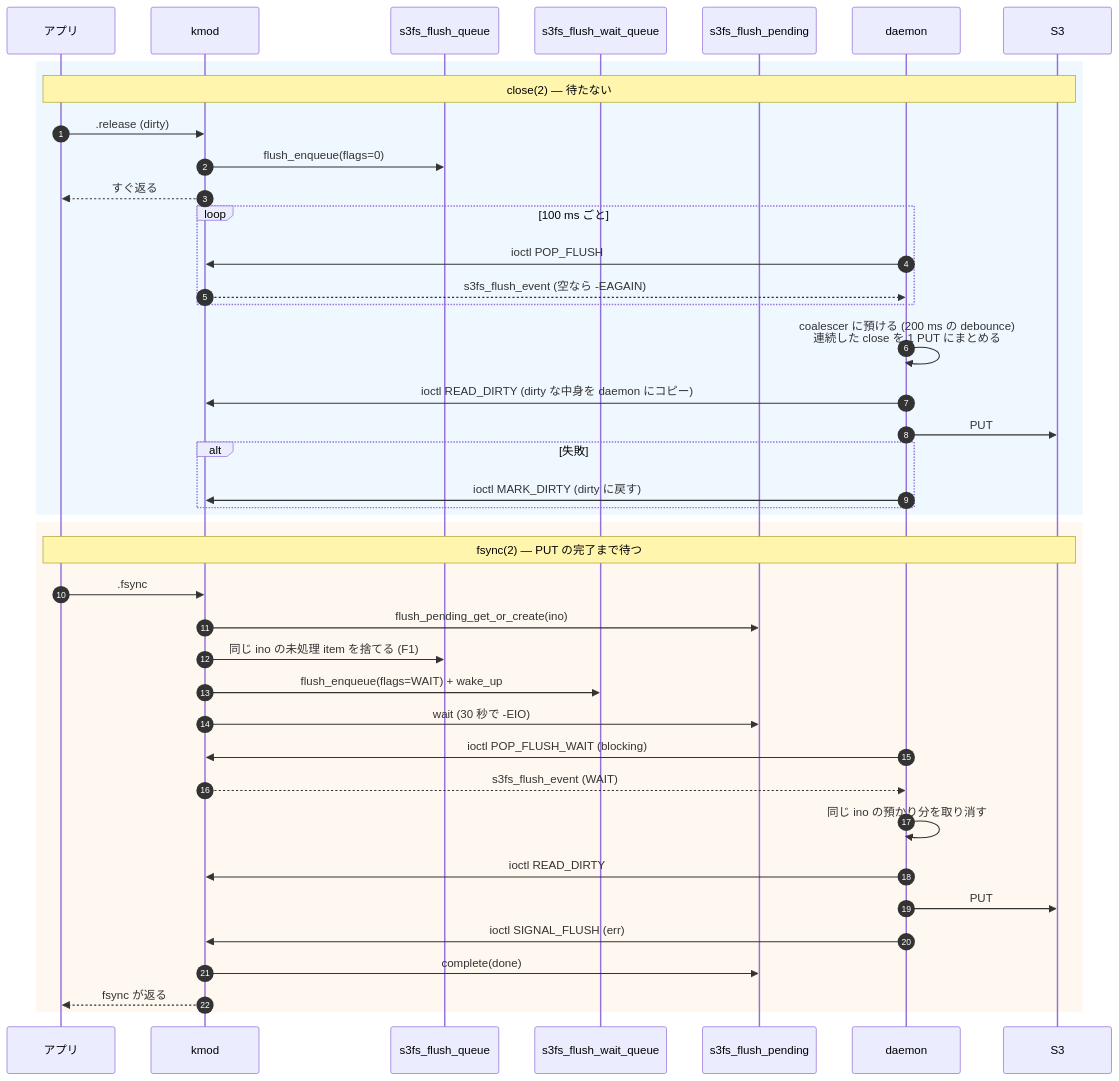
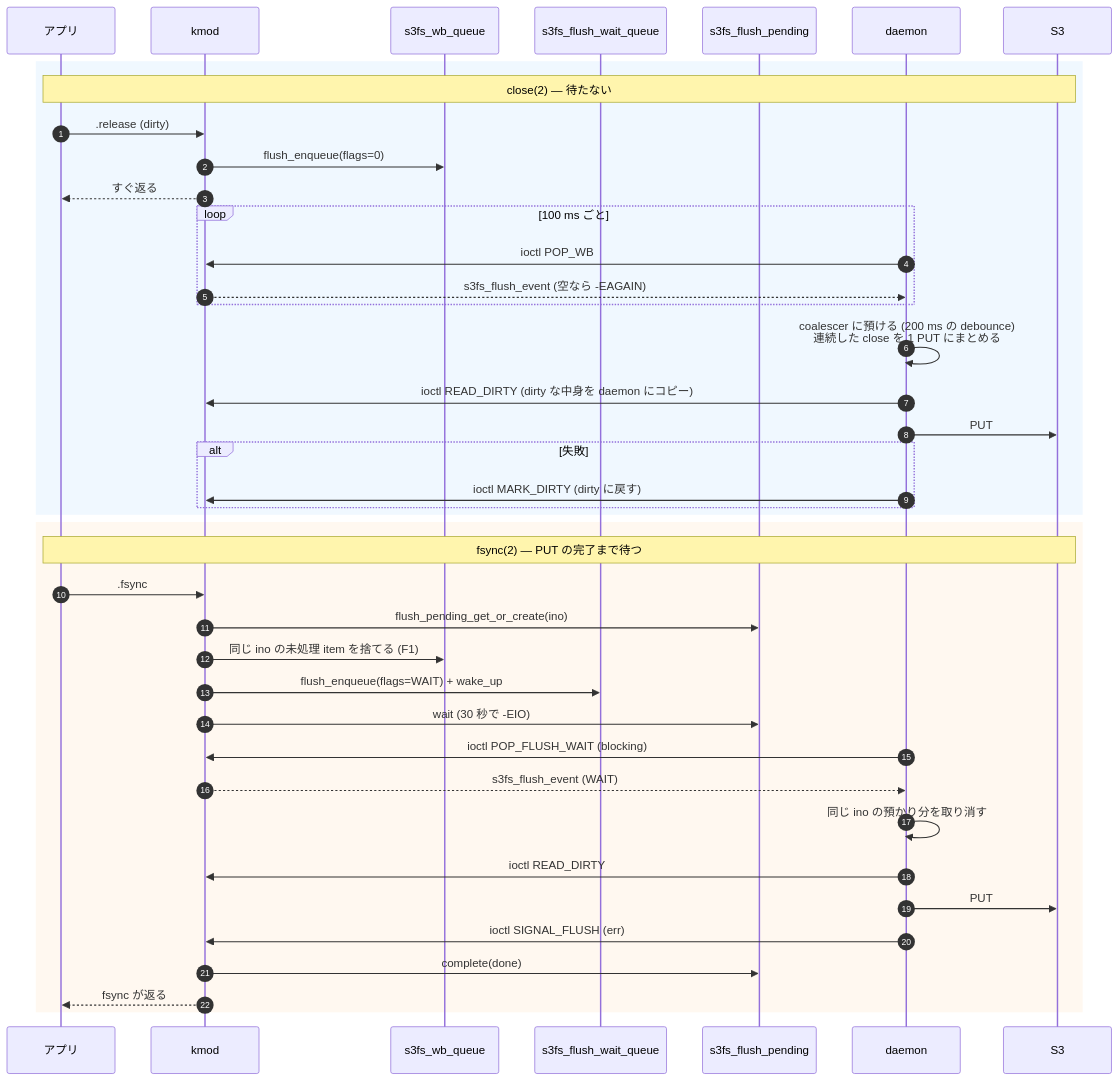
The third of 5 diagrams in docs/design/daemon-kmod-messaging.md (masu-mi/s3fs-ebpf), drawn with Mermaid before and after one commit. The commit also changed other lines of this file and 23 other files, not shown here.

First line of the commit message:
v2 Phase 4 (part): flush / delete / rename share one write-back FIFO (POP_WB); kmod -> daemon queues 5 -> 3

````diff
--- a/docs/design/daemon-kmod-messaging.md
+++ b/docs/design/daemon-kmod-messaging.md
@@ -165,45 +162,45 @@
 ```mermaid
 sequenceDiagram
     autonumber
     participant App as アプリ
     participant K as kmod
-    participant FQ as s3fs_flush_queue
+    participant FQ as s3fs_wb_queue
     participant FW as s3fs_flush_wait_queue
     participant FP as s3fs_flush_pending
     participant D as daemon
     participant S3 as S3
 
     rect rgb(240,248,255)
     Note over App,S3: close(2) — 待たない
     App->>K: .release (dirty)
     K->>FQ: flush_enqueue(flags=0)
     K-->>App: すぐ返る
     loop 100 ms ごと
-        D->>K: ioctl POP_FLUSH
+        D->>K: ioctl POP_WB
         K-->>D: s3fs_flush_event (空なら -EAGAIN)
     end
     D->>D: coalescer に預ける (200 ms の debounce)<br/>連続した close を 1 PUT にまとめる
     D->>K: ioctl READ_DIRTY (dirty な中身を daemon にコピー)
     D->>S3: PUT
     alt 失敗
         D->>K: ioctl MARK_DIRTY (dirty に戻す)
     end
     end
 
     rect rgb(255,248,240)
     Note over App,S3: fsync(2) — PUT の完了まで待つ
     App->>K: .fsync
     K->>FP: flush_pending_get_or_create(ino)
     K->>FQ: 同じ ino の未処理 item を捨てる (F1)
     K->>FW: flush_enqueue(flags=WAIT) + wake_up
     K->>FP: wait (30 秒で -EIO)
     D->>K: ioctl POP_FLUSH_WAIT (blocking)
     K-->>D: s3fs_flush_event (WAIT)
     D->>D: 同じ ino の預かり分を取り消す
     D->>K: ioctl READ_DIRTY
     D->>S3: PUT
     D->>K: ioctl SIGNAL_FLUSH (err)
     K->>FP: complete(done)
     K-->>App: fsync が返る
     end
 ```
````
